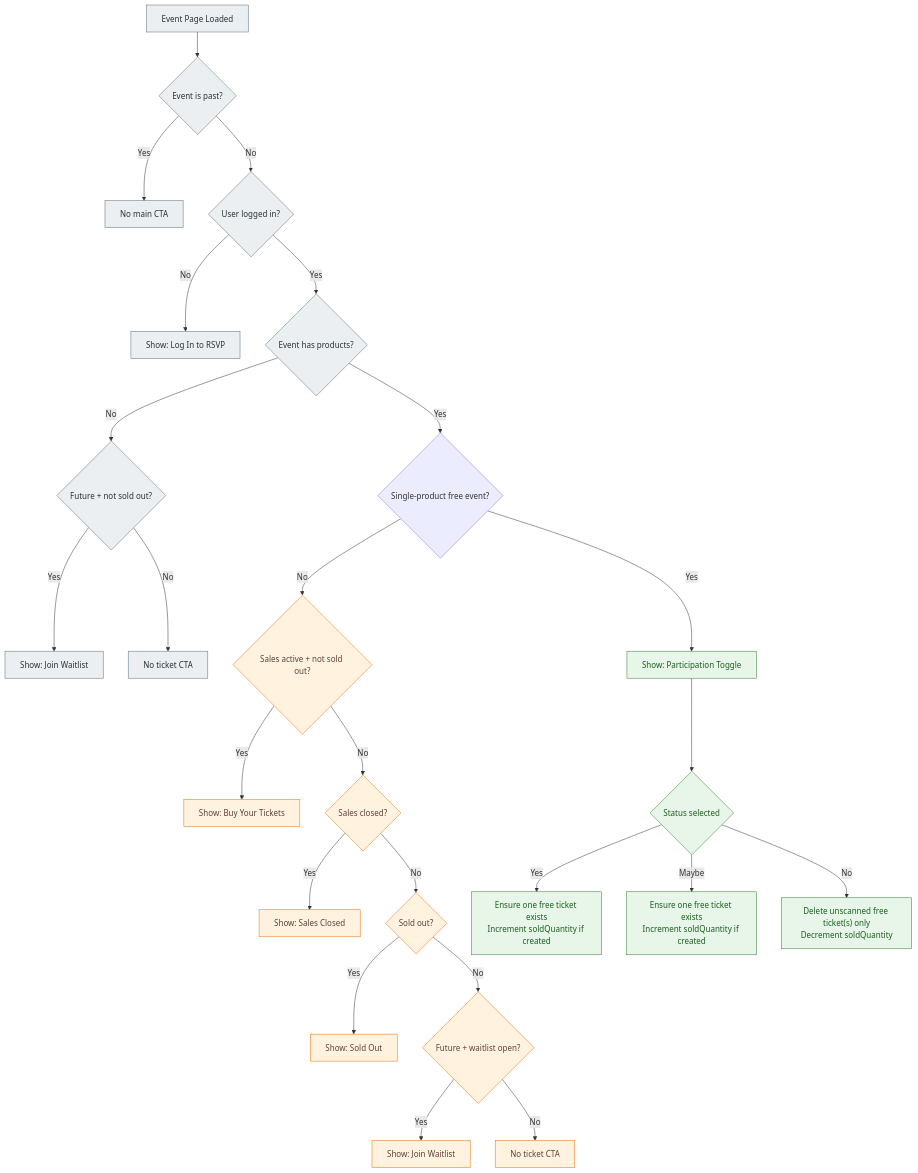
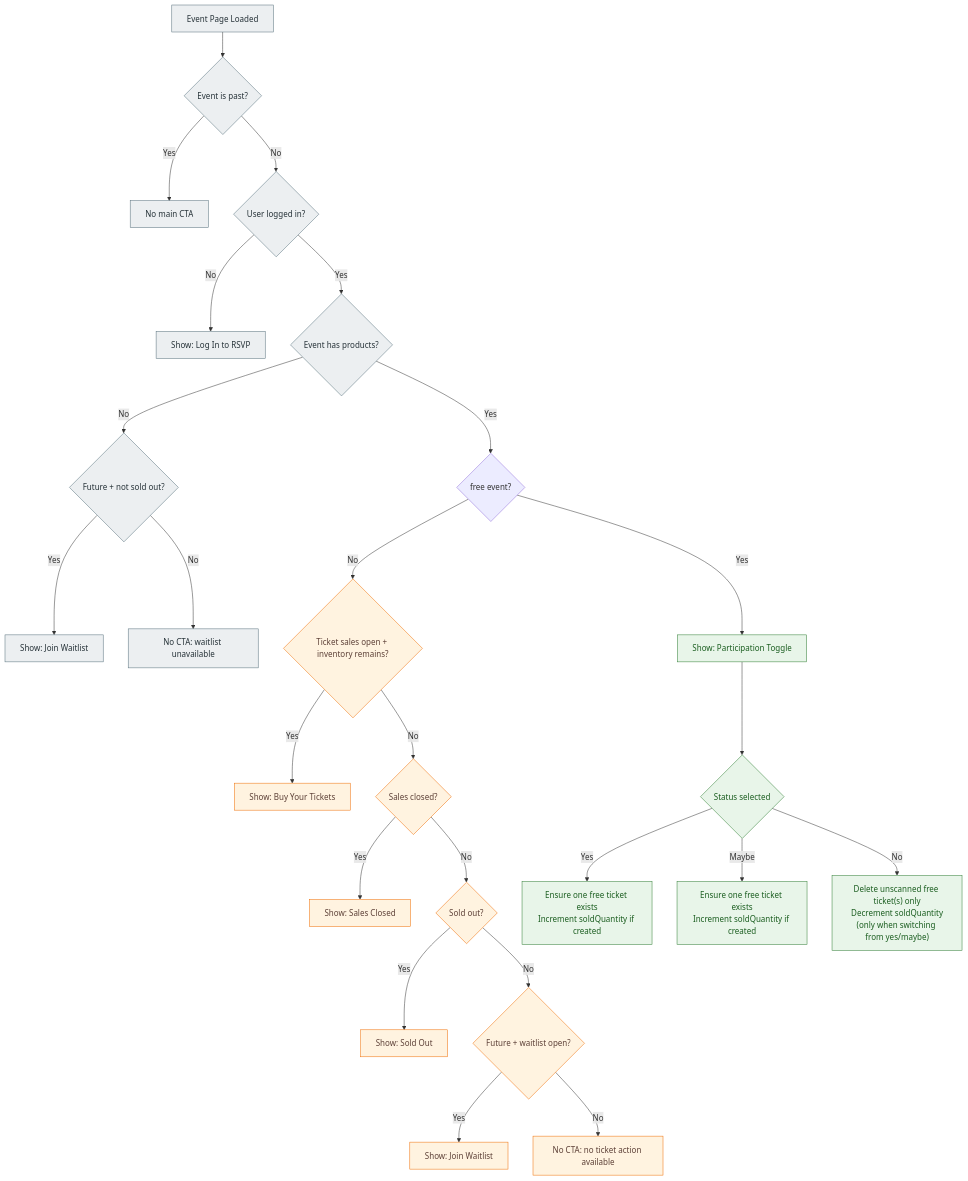
Before and after one commit to Konkrad/cms: the diagram in docs/README.md, drawn with Mermaid.

````diff
--- a/docs/README.md
+++ b/docs/README.md
@@ -7,40 +7,40 @@
 ```mermaid
 flowchart TD
   A[Event Page Loaded] --> B{Event is past?}
   B -->|Yes| Z[No main CTA]
   B -->|No| C{User logged in?}
 
   C -->|No| C1[Show: Log In to RSVP]
   C -->|Yes| D{Event has products?}
 
   D -->|No| D1{Future + not sold out?}
   D1 -->|Yes| W1[Show: Join Waitlist]
-  D1 -->|No| N1[No ticket CTA]
+  D1 -->|No| N1[No CTA: waitlist unavailable]
 
-  D -->|Yes| E{Single-product free event?}
+  D -->|Yes| E{free event?}
 
-  E -->|No| P1{Sales active + not sold out?}
+  E -->|No| P1{Ticket sales open + inventory remains?}
   P1 -->|Yes| P2[Show: Buy Your Tickets]
   P1 -->|No| P3{Sales closed?}
   P3 -->|Yes| P4[Show: Sales Closed]
   P3 -->|No| P5{Sold out?}
   P5 -->|Yes| P6[Show: Sold Out]
   P5 -->|No| P7{Future + waitlist open?}
   P7 -->|Yes| P8[Show: Join Waitlist]
-  P7 -->|No| P9[No ticket CTA]
+  P7 -->|No| P9[No CTA: no ticket action available]
 
   E -->|Yes| F3[Show: Participation Toggle]
 
   F3 --> T1{Status selected}
   T1 -->|Yes| T2["Ensure one free ticket exists<br>Increment soldQuantity if created"]
   T1 -->|Maybe| T3["Ensure one free ticket exists<br>Increment soldQuantity if created"]
-  T1 -->|No| T4["Delete unscanned free ticket(s) only<br>Decrement soldQuantity"]
+  T1 -->|No| T4["Delete unscanned free ticket(s) only<br>Decrement soldQuantity<br>(only when switching from yes/maybe)"]
 
   classDef paid fill:#fff3e0,stroke:#ef6c00,color:#5d4037;
   classDef free fill:#e8f5e9,stroke:#2e7d32,color:#1b5e20;
   classDef neutral fill:#eceff1,stroke:#546e7a,color:#263238;
 
   class P1,P2,P3,P4,P5,P6,P7,P8,P9 paid;
   class F3,T1,T2,T3,T4 free;
   class A,B,C,D,D1,W1,N1,Z,C1 neutral;
 ```
````
